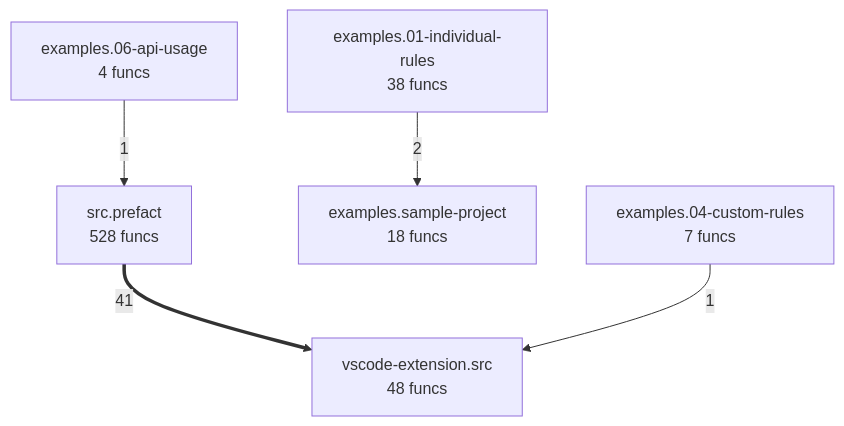
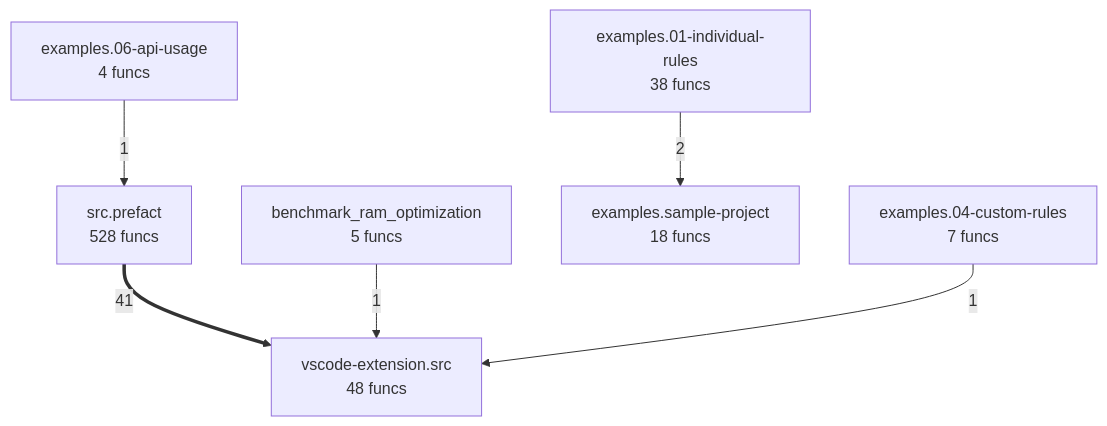
The diagram in project/compact_flow.mmd (semcod/refactoring), drawn with Mermaid before and after one commit. The commit also changed 49 other files, not shown here.

```diff
--- a/project/compact_flow.mmd
+++ b/project/compact_flow.mmd
@@ -1,11 +1,13 @@
 flowchart TD
+    benchmark_ram_optimization["benchmark_ram_optimization<br/>5 funcs"]
     examples__01_individual_rules["examples.01-individual-rules<br/>38 funcs"]
     examples__04_custom_rules["examples.04-custom-rules<br/>7 funcs"]
     examples__06_api_usage["examples.06-api-usage<br/>4 funcs"]
     examples__sample_project["examples.sample-project<br/>18 funcs"]
     src__prefact["src.prefact<br/>528 funcs"]
     vscode_extension__src["vscode-extension.src<br/>48 funcs"]
     src__prefact ==>|41| vscode_extension__src
     examples__01_individual_rules -->|2| examples__sample_project
+    benchmark_ram_optimization -->|1| vscode_extension__src
     examples__06_api_usage -->|1| src__prefact
     examples__04_custom_rules -->|1| vscode_extension__src
```
